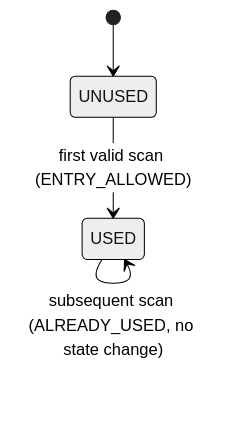
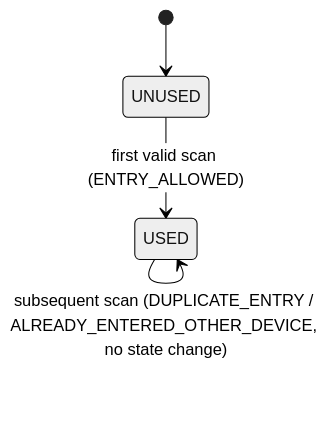
One commit to Amitpawar503/lazzy changed the second of 2 diagrams in docs/digital-membership/04-lld.md. Above: the diagram before and after it, drawn with Mermaid (neutral theme). The commit also changed other lines of this file and 4 other files, not shown here.

````diff
--- a/docs/digital-membership/04-lld.md
+++ b/docs/digital-membership/04-lld.md
@@ -144,6 +163,6 @@
 ```mermaid
 stateDiagram-v2
   [*] --> UNUSED
   UNUSED --> USED: first valid scan (ENTRY_ALLOWED)
-  USED --> USED: subsequent scan (ALREADY_USED, no state change)
+  USED --> USED: subsequent scan (DUPLICATE_ENTRY / ALREADY_ENTERED_OTHER_DEVICE, no state change)
 ```
````
